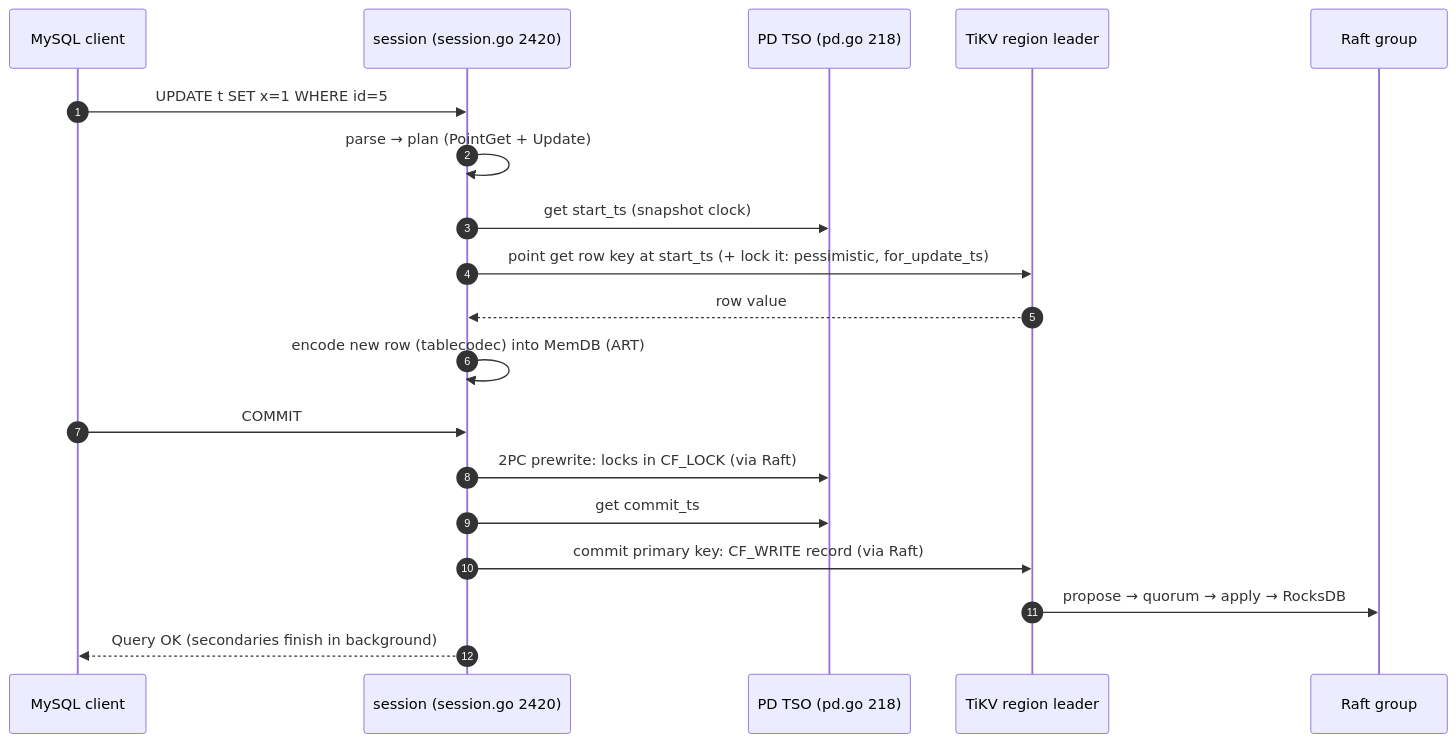
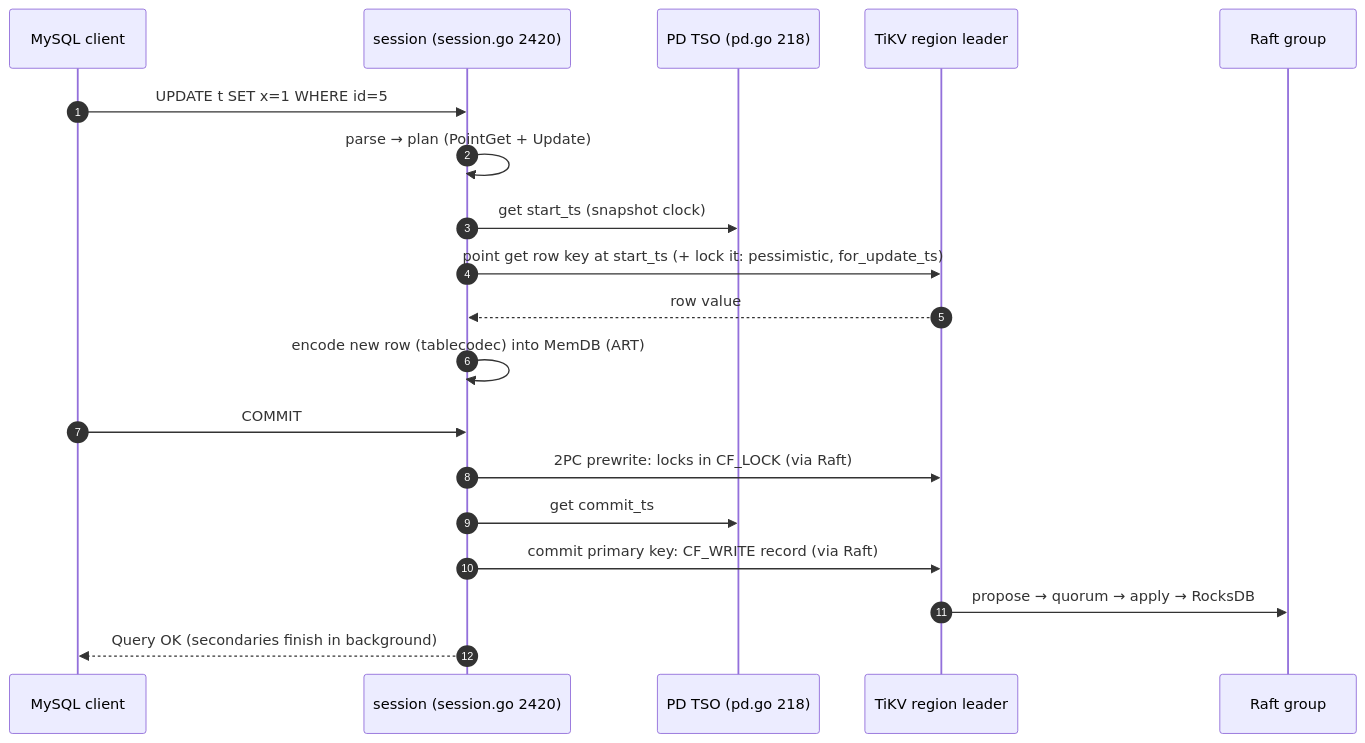
One commit to acailic/system-design-atlas changed the second of 3 diagrams in deep-dives/tidb.md. Above: the diagram before and after it, drawn with Mermaid. The commit also changed other lines of this file and 1 other file, not shown here.

Commit message:
no-mistakes(review): fix(tidb): prewrite targets TiKV leader, relabel propose edge, rebuild docs

````diff
--- a/deep-dives/tidb.md
+++ b/deep-dives/tidb.md
@@ -135,21 +135,21 @@
 ```mermaid
 sequenceDiagram
     autonumber
     participant C as MySQL client
     participant S as session (session.go 2420)
     participant O as PD TSO (pd.go 218)
     participant K as TiKV region leader
     participant R as Raft group
     C->>S: UPDATE t SET x=1 WHERE id=5
     S->>S: parse → plan (PointGet + Update)
     S->>O: get start_ts (snapshot clock)
     S->>K: point get row key at start_ts (+ lock it: pessimistic, for_update_ts)
     K-->>S: row value
     S->>S: encode new row (tablecodec) into MemDB (ART)
     C->>S: COMMIT
-    S->>O: 2PC prewrite: locks in CF_LOCK (via Raft)
+    S->>K: 2PC prewrite: locks in CF_LOCK (via Raft)
     S->>O: get commit_ts
     S->>K: commit primary key: CF_WRITE record (via Raft)
     K->>R: propose → quorum → apply → RocksDB
     S-->>C: Query OK (secondaries finish in background)
 ```
````
